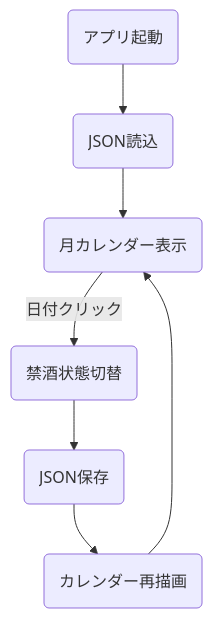
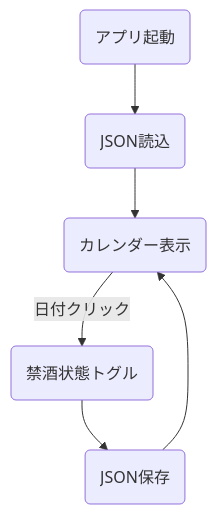
The diagram in README.md (j-komatsu/abstinence-calendar), drawn with Mermaid before and after one commit. The commit also changed other lines of this file, not shown here.

````diff
--- a/README.md
+++ b/README.md
@@ -115,9 +89,8 @@
 ```mermaid
 flowchart TD
     Start(アプリ起動) --> LoadData(JSON読込)
-    LoadData --> DisplayCalendar(月カレンダー表示)
-    DisplayCalendar -->|日付クリック| ToggleState(禁酒状態切替)
-    ToggleState --> SaveData(JSON保存)
-    SaveData --> UpdateView(カレンダー再描画)
-    UpdateView --> DisplayCalendar
+    LoadData --> DisplayCalendar(カレンダー表示)
+    DisplayCalendar -->|日付クリック| ToggleStatus(禁酒状態トグル)
+    ToggleStatus --> SaveData(JSON保存)
+    SaveData --> DisplayCalendar
 ```
````
